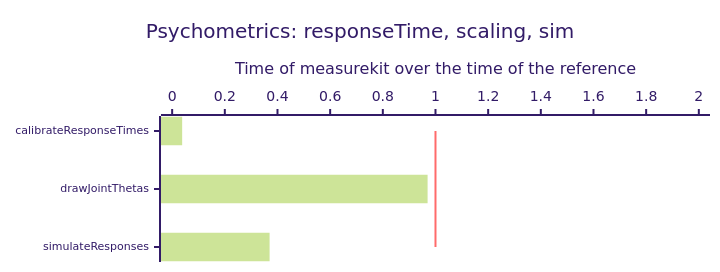
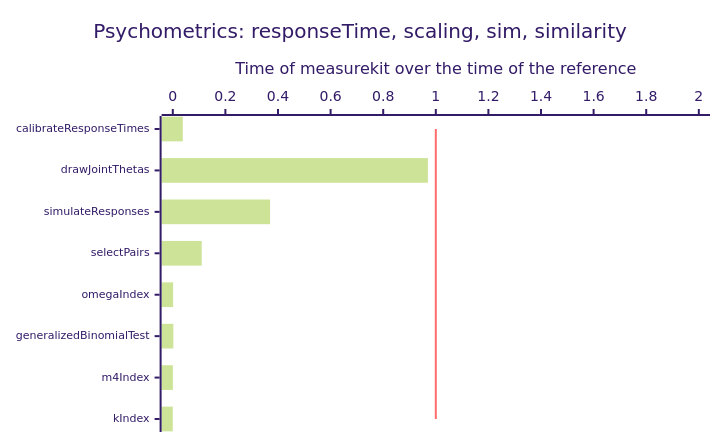
Before and after one commit to measurekit/measurekit: diagram 11 of 15 in docs/performance.md, drawn with Mermaid (forest theme). The commit also changed other lines of this file and 48 other files, not shown here.

````diff
--- a/docs/performance.md
+++ b/docs/performance.md
@@ -113,9 +113,9 @@
 ```mermaid
-%%{init: {"xyChart": {"height": 252, "xAxis": {"labelFontSize": 11}}}}%%
+%%{init: {"xyChart": {"height": 422, "xAxis": {"labelFontSize": 11}}}}%%
 xychart-beta horizontal
-  title "Psychometrics: responseTime, scaling, sim"
-  x-axis ["calibrateResponseTimes", "drawJointThetas", "simulateResponses"]
+  title "Psychometrics: responseTime, scaling, sim, similarity"
+  x-axis ["calibrateResponseTimes", "drawJointThetas", "simulateResponses", "selectPairs", "omegaIndex", "generalizedBinomialTest", "m4Index", "kIndex"]
   y-axis "Time of measurekit over the time of the reference" 0 --> 2
-  bar [0.038, 0.97, 0.37]
-  line [1, 1, 1]
+  bar [0.038, 0.97, 0.37, 0.11, 0.0013, 0.0021, 0.0003, 0.000026]
+  line [1, 1, 1, 1, 1, 1, 1, 1]
 ```
````
